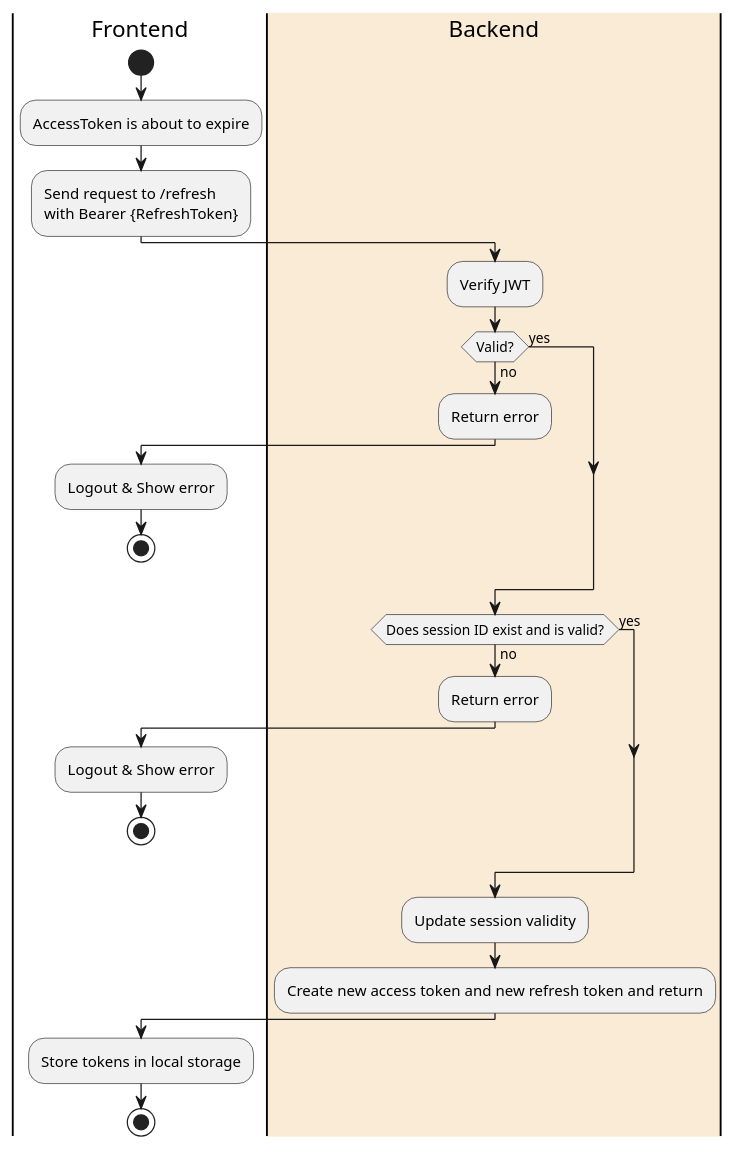
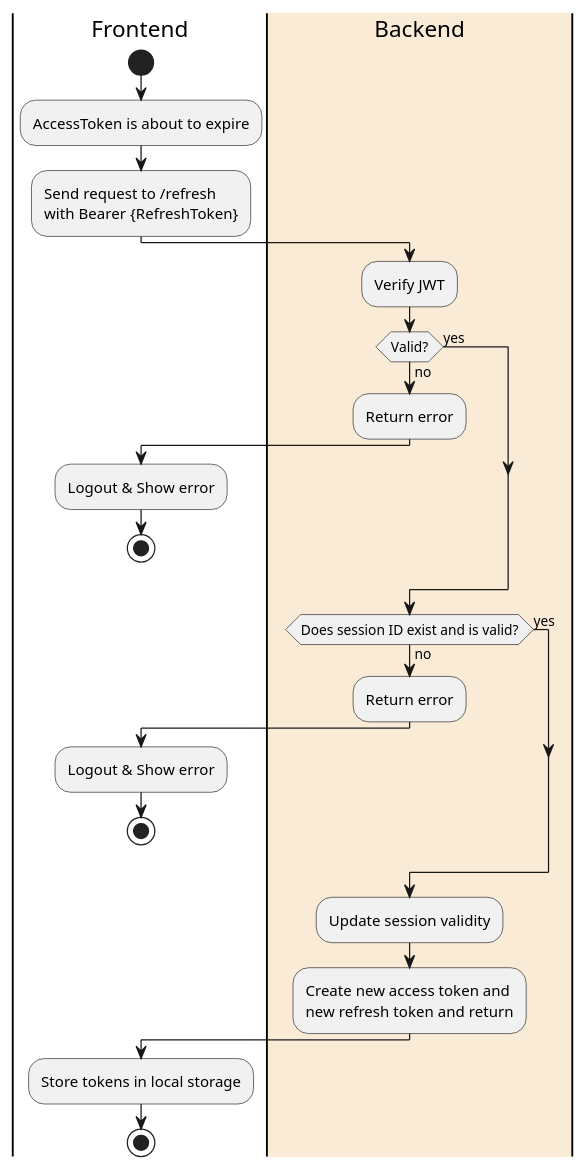
One commit to gipfeli-io/documentation changed the second of 2 diagrams in docs/architecture/security/authentication-session-management.md. Above: the diagram before and after it, drawn with PlantUML. The commit also changed other lines of this file and 1 other file, not shown here.

````diff
--- a/docs/architecture/security/authentication-session-management.md
+++ b/docs/architecture/security/authentication-session-management.md
@@ -121,33 +121,33 @@
 ```plantuml Refresh flow
 @startuml
 
 |Frontend|
 start
 :AccessToken is about to expire;
 :Send request to /refresh \nwith Bearer {RefreshToken};
 |#AntiqueWhite|Backend|
 :Verify JWT;
 if (Valid?) then (yes)
 else (no)
   :Return error;
   |Frontend|
   :Logout & Show error;
   stop
 endif
 |#AntiqueWhite|Backend|
 if (Does session ID exist and is valid?) then (yes)
 else (no)
   :Return error;
   |Frontend|
   :Logout & Show error;
   stop
 endif
 |#AntiqueWhite|Backend|
 :Update session validity;
-:Create new access token and new refresh token and return;
+:Create new access token and \nnew refresh token and return;
 |Frontend|
 :Store tokens in local storage;
 stop
 
 @enduml
 ```
````
